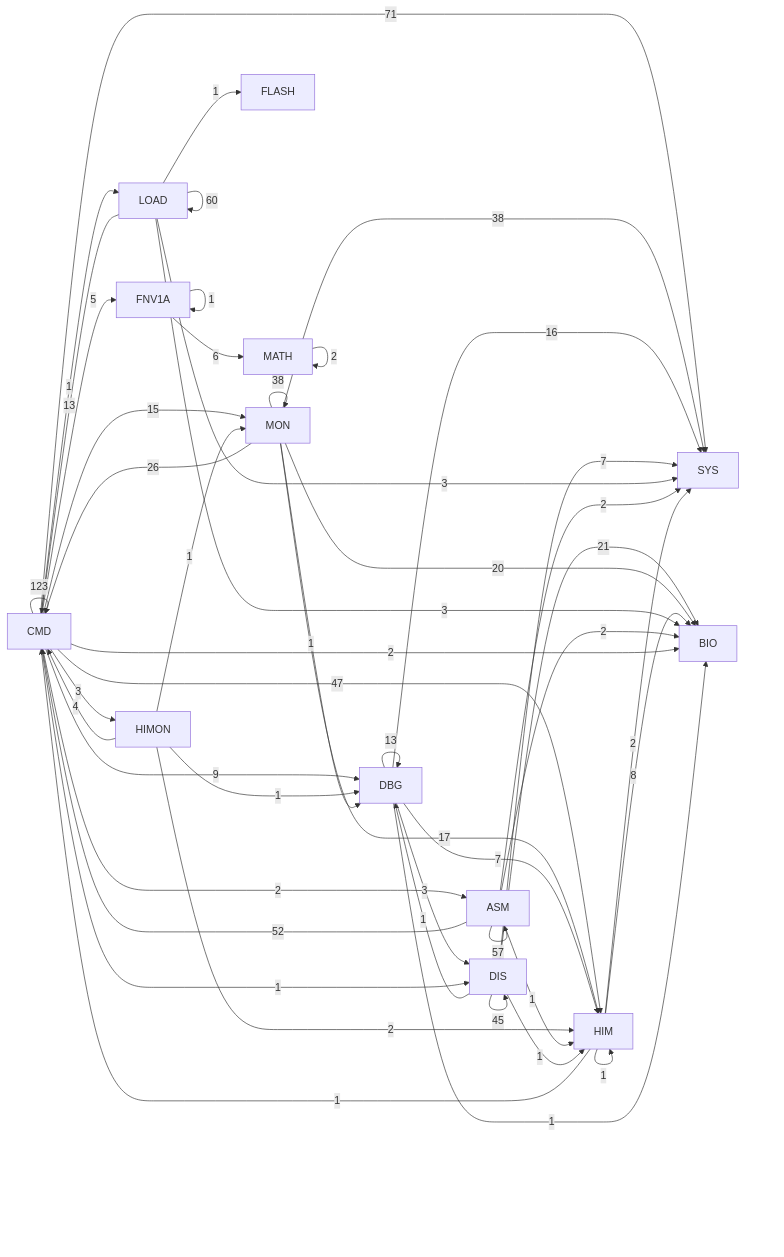
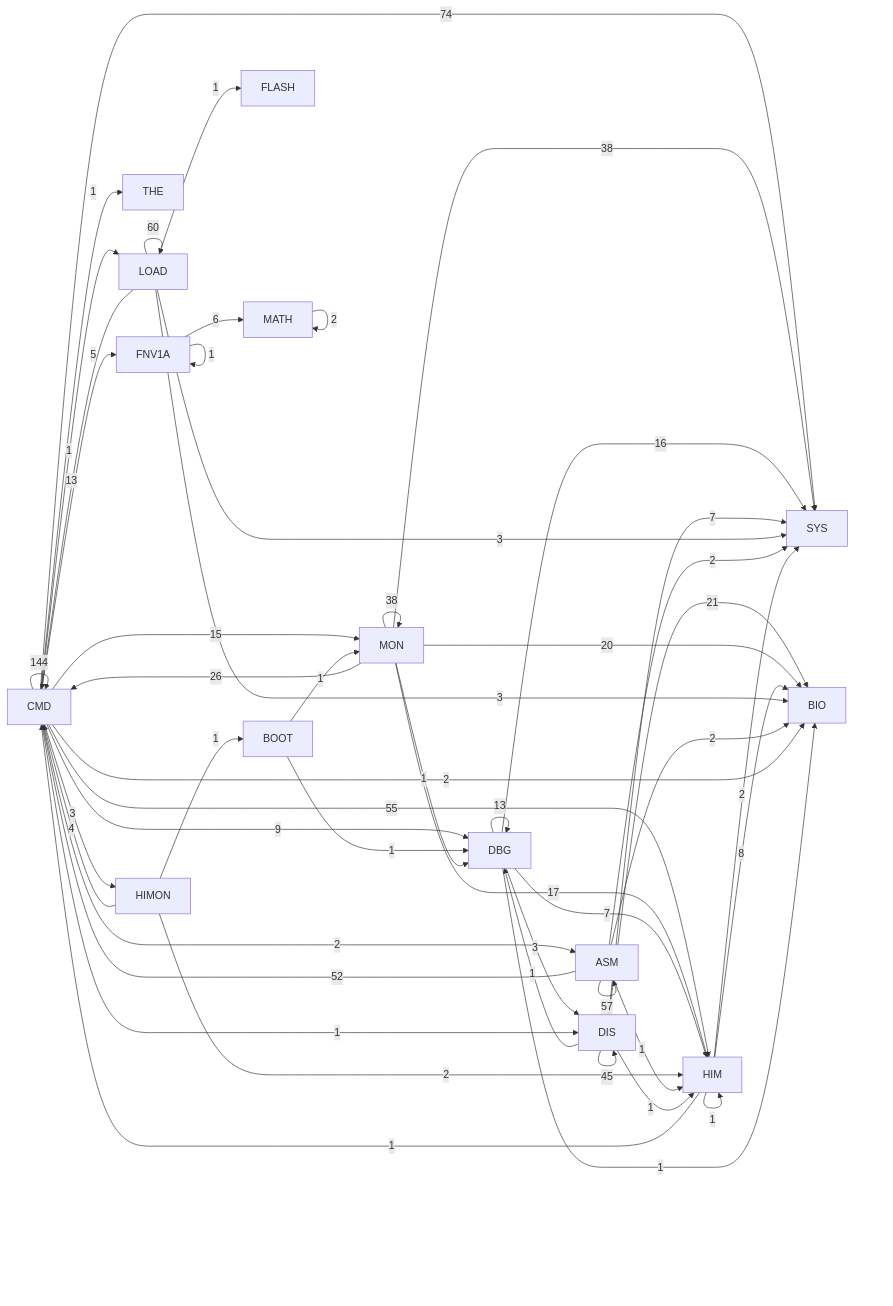
One commit to 95westus/R-YORS changed the diagram in DOC/GENERATED/HIMON_SUPPORT_MAP.md. Above: the diagram before and after it, drawn with Mermaid. The commit also changed other lines of this file and 97 other files, not shown here.

````diff
--- a/DOC/GENERATED/HIMON_SUPPORT_MAP.md
+++ b/DOC/GENERATED/HIMON_SUPPORT_MAP.md
@@ -10,51 +10,53 @@
 ```mermaid
 flowchart LR
-    P_CMD[CMD] -->|123| P_CMD[CMD]
-    P_CMD[CMD] -->|71| P_SYS[SYS]
+    P_CMD[CMD] -->|144| P_CMD[CMD]
+    P_CMD[CMD] -->|74| P_SYS[SYS]
     P_LOAD[LOAD] -->|60| P_LOAD[LOAD]
     P_ASM[ASM] -->|57| P_ASM[ASM]
+    P_CMD[CMD] -->|55| P_HIM[HIM]
     P_ASM[ASM] -->|52| P_CMD[CMD]
-    P_CMD[CMD] -->|47| P_HIM[HIM]
     P_DIS[DIS] -->|45| P_DIS[DIS]
     P_MON[MON] -->|38| P_MON[MON]
     P_MON[MON] -->|38| P_SYS[SYS]
     P_MON[MON] -->|26| P_CMD[CMD]
     P_DIS[DIS] -->|21| P_BIO[BIO]
     P_MON[MON] -->|20| P_BIO[BIO]
     P_MON[MON] -->|17| P_HIM[HIM]
     P_DBG[DBG] -->|16| P_SYS[SYS]
     P_CMD[CMD] -->|15| P_MON[MON]
     P_DBG[DBG] -->|13| P_DBG[DBG]
     P_LOAD[LOAD] -->|13| P_CMD[CMD]
     P_CMD[CMD] -->|9| P_DBG[DBG]
     P_HIM[HIM] -->|8| P_BIO[BIO]
     P_DBG[DBG] -->|7| P_HIM[HIM]
     P_DIS[DIS] -->|7| P_SYS[SYS]
     P_FNV1A[FNV1A] -->|6| P_MATH[MATH]
     P_CMD[CMD] -->|5| P_FNV1A[FNV1A]
     P_HIMON[HIMON] -->|4| P_CMD[CMD]
     P_CMD[CMD] -->|3| P_HIMON[HIMON]
     P_DBG[DBG] -->|3| P_DIS[DIS]
     P_LOAD[LOAD] -->|3| P_BIO[BIO]
     P_LOAD[LOAD] -->|3| P_SYS[SYS]
     P_ASM[ASM] -->|2| P_BIO[BIO]
     P_ASM[ASM] -->|2| P_SYS[SYS]
     P_CMD[CMD] -->|2| P_ASM[ASM]
     P_CMD[CMD] -->|2| P_BIO[BIO]
     P_HIM[HIM] -->|2| P_SYS[SYS]
     P_HIMON[HIMON] -->|2| P_HIM[HIM]
     P_MATH[MATH] -->|2| P_MATH[MATH]
     P_ASM[ASM] -->|1| P_HIM[HIM]
+    P_BOOT[BOOT] -->|1| P_DBG[DBG]
+    P_BOOT[BOOT] -->|1| P_MON[MON]
     P_CMD[CMD] -->|1| P_DIS[DIS]
     P_CMD[CMD] -->|1| P_LOAD[LOAD]
+    P_CMD[CMD] -->|1| P_THE[THE]
     P_DBG[DBG] -->|1| P_BIO[BIO]
     P_DIS[DIS] -->|1| P_DBG[DBG]
     P_DIS[DIS] -->|1| P_HIM[HIM]
     P_FNV1A[FNV1A] -->|1| P_FNV1A[FNV1A]
     P_HIM[HIM] -->|1| P_CMD[CMD]
     P_HIM[HIM] -->|1| P_HIM[HIM]
-    P_HIMON[HIMON] -->|1| P_DBG[DBG]
-    P_HIMON[HIMON] -->|1| P_MON[MON]
+    P_HIMON[HIMON] -->|1| P_BOOT[BOOT]
     P_LOAD[LOAD] -->|1| P_FLASH[FLASH]
     P_MON[MON] -->|1| P_DBG[DBG]
 ```
````
